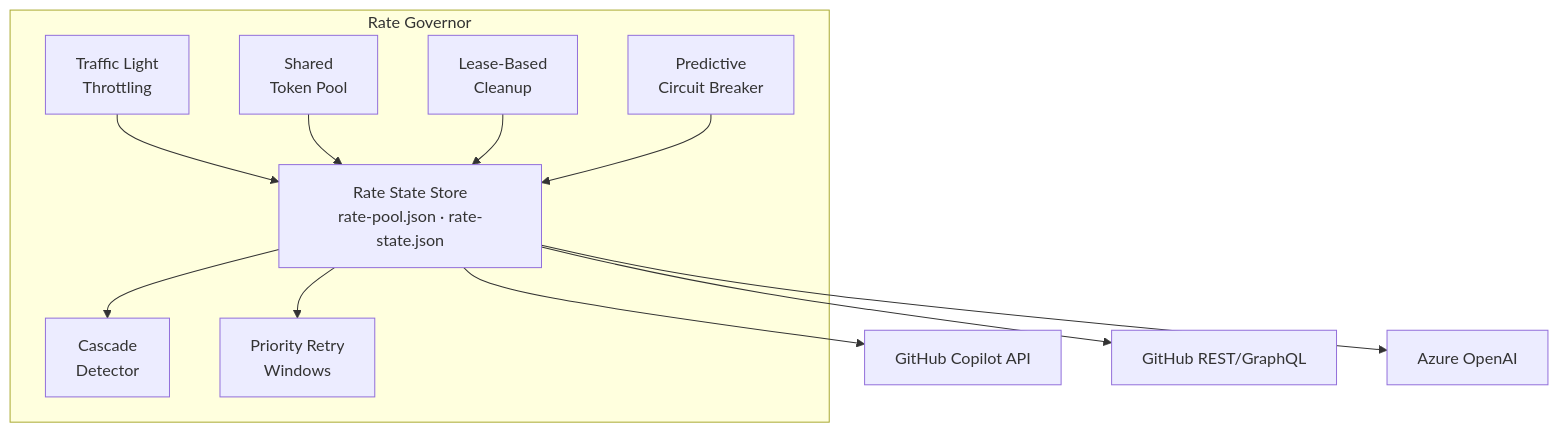
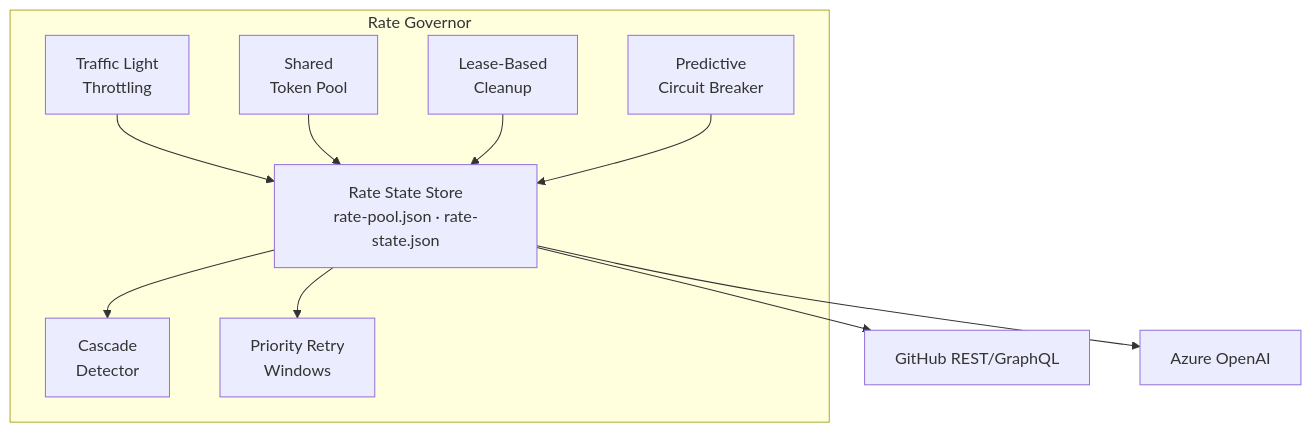
One commit to tamirdresher/tamirdresher.github.io changed the first of 4 diagrams in _posts/2026-03-20-rate-limiting-multi-agent.md. Above: the diagram before and after it, drawn with Mermaid. The commit also changed other lines of this file, not shown here.

````diff
--- a/_posts/2026-03-20-rate-limiting-multi-agent.md
+++ b/_posts/2026-03-20-rate-limiting-multi-agent.md
@@ -56,24 +56,23 @@
 ```mermaid
 graph TD
     subgraph "Rate Governor"
         TL["Traffic Light<br/>Throttling"]
         TP["Shared<br/>Token Pool"]
         CB["Predictive<br/>Circuit Breaker"]
         CD["Cascade<br/>Detector"]
         LB["Lease-Based<br/>Cleanup"]
         PW["Priority Retry<br/>Windows"]
 
         RSS["Rate State Store<br/>rate-pool.json · rate-state.json"]
     end
 
     TL --> RSS
     TP --> RSS
     LB --> RSS
     CB --> RSS
     RSS --> CD
     RSS --> PW
 
-    RSS --> API1["GitHub Copilot API"]
-    RSS --> API2["GitHub REST/GraphQL"]
-    RSS --> API3["Azure OpenAI"]
+    RSS --> API1["GitHub REST/GraphQL"]
+    RSS --> API2["Azure OpenAI"]
 ```
````
